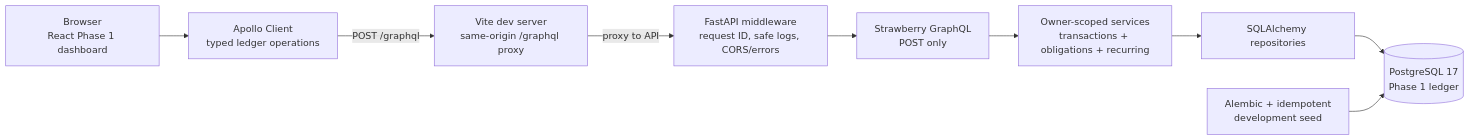
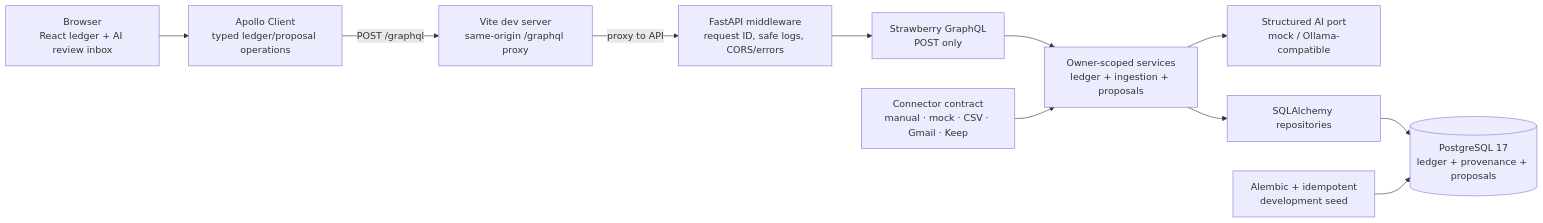
Before and after one commit to DIECINIUM/Expensea: the first of 4 diagrams in docs/architecture.md, drawn with Mermaid. The commit also changed other lines of this file and 8 other files, not shown here.

Commit message:
docs(phase3): document review-first ingestion

````diff
--- a/docs/architecture.md
+++ b/docs/architecture.md
@@ -39,17 +41,21 @@
 ```mermaid
 flowchart LR
-    Browser["Browser<br/>React Phase 1 dashboard"]
-    Apollo["Apollo Client<br/>typed ledger operations"]
+    Browser["Browser<br/>React ledger + AI review inbox"]
+    Apollo["Apollo Client<br/>typed ledger/proposal operations"]
     Vite["Vite dev server<br/>same-origin /graphql proxy"]
     Middleware["FastAPI middleware<br/>request ID, safe logs, CORS/errors"]
     GraphQL["Strawberry GraphQL<br/>POST only"]
-    Services["Owner-scoped services<br/>transactions + obligations + recurring"]
+    Services["Owner-scoped services<br/>ledger + ingestion + proposals"]
+    Connectors["Connector contract<br/>manual · mock · CSV · Gmail · Keep"]
+    AI["Structured AI port<br/>mock / Ollama-compatible"]
     Repositories["SQLAlchemy repositories"]
-    PG[(PostgreSQL 17<br/>Phase 1 ledger)]
+    PG[(PostgreSQL 17<br/>ledger + provenance + proposals)]
     Bootstrap["Alembic + idempotent<br/>development seed"]
 
     Browser --> Apollo -->|POST /graphql| Vite
     Vite -->|proxy to API| Middleware --> GraphQL --> Services
+    Connectors --> Services
+    Services --> AI
     Services --> Repositories --> PG
     Bootstrap --> PG
 ```
````
